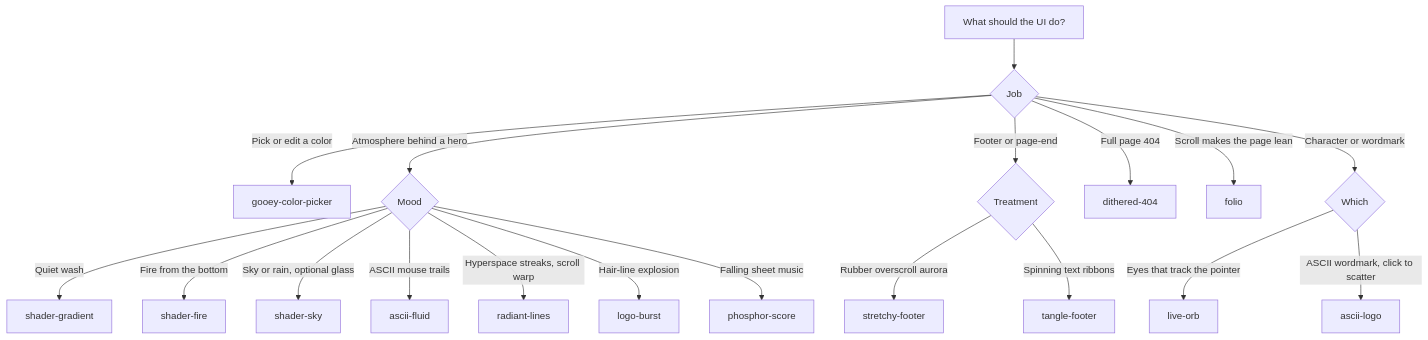
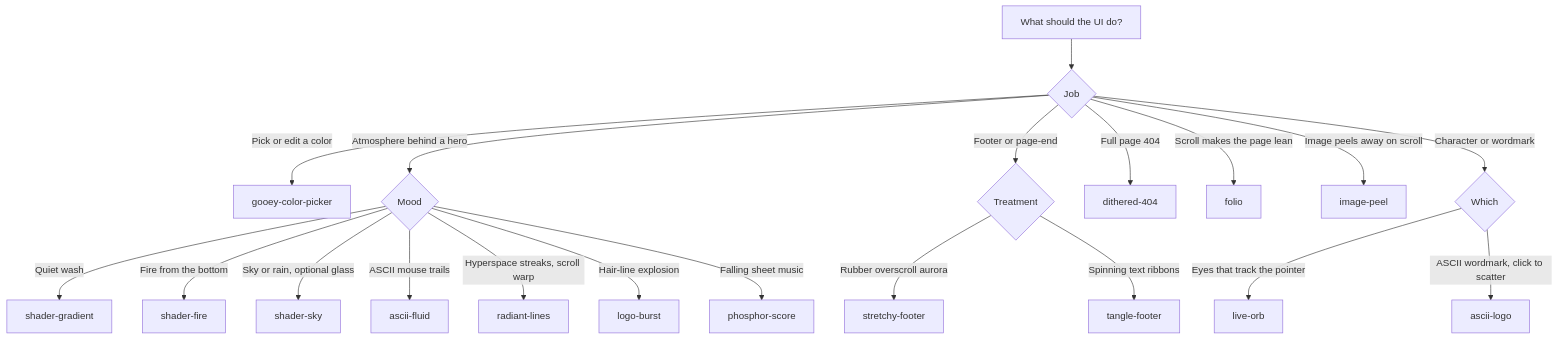
One commit to radiumcoders/23rd.dev changed the diagram in skills/23rd/SKILL.md. Above: the diagram before and after it, drawn with Mermaid. The commit also changed other lines of this file and 22 other files, not shown here.

First line of the commit message:
Add an image peel that curls a sticker off as you scroll.

````diff
--- a/skills/23rd/SKILL.md
+++ b/skills/23rd/SKILL.md
@@ -84,22 +84,23 @@
 ```mermaid
 flowchart TD
   start[What should the UI do?]
   start --> pick{Job}
   pick -->|Pick or edit a color| gooey[gooey-color-picker]
   pick -->|Atmosphere behind a hero| atmo{Mood}
   pick -->|Footer or page-end| foot{Treatment}
   pick -->|Full page 404| d404[dithered-404]
   pick -->|Scroll makes the page lean| folio[folio]
+  pick -->|Image peels away on scroll| peel[image-peel]
   pick -->|Character or wordmark| mark{Which}
   atmo -->|Quiet wash| sg[shader-gradient]
   atmo -->|Fire from the bottom| sf[shader-fire]
   atmo -->|Sky or rain, optional glass| ss[shader-sky]
   atmo -->|ASCII mouse trails| af[ascii-fluid]
   atmo -->|Hyperspace streaks, scroll warp| rl[radiant-lines]
   atmo -->|Hair-line explosion| lb[logo-burst]
   atmo -->|Falling sheet music| ps[phosphor-score]
   foot -->|Rubber overscroll aurora| st[stretchy-footer]
   foot -->|Spinning text ribbons| tf[tangle-footer]
   mark -->|Eyes that track the pointer| orb[live-orb]
   mark -->|ASCII wordmark, click to scatter| al[ascii-logo]
 ```
````
